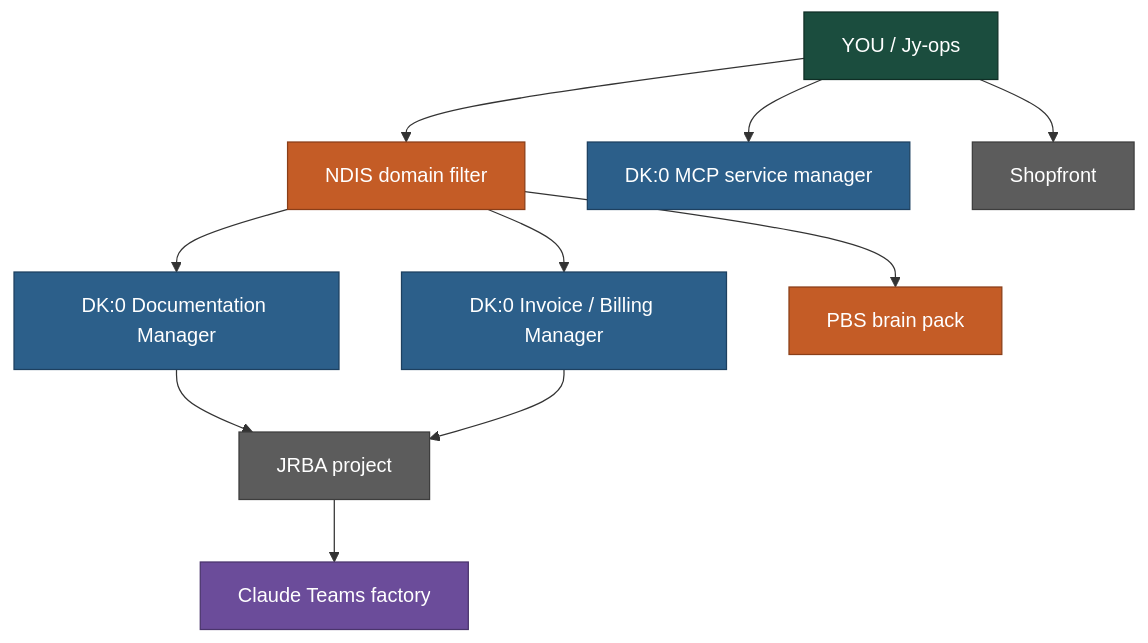
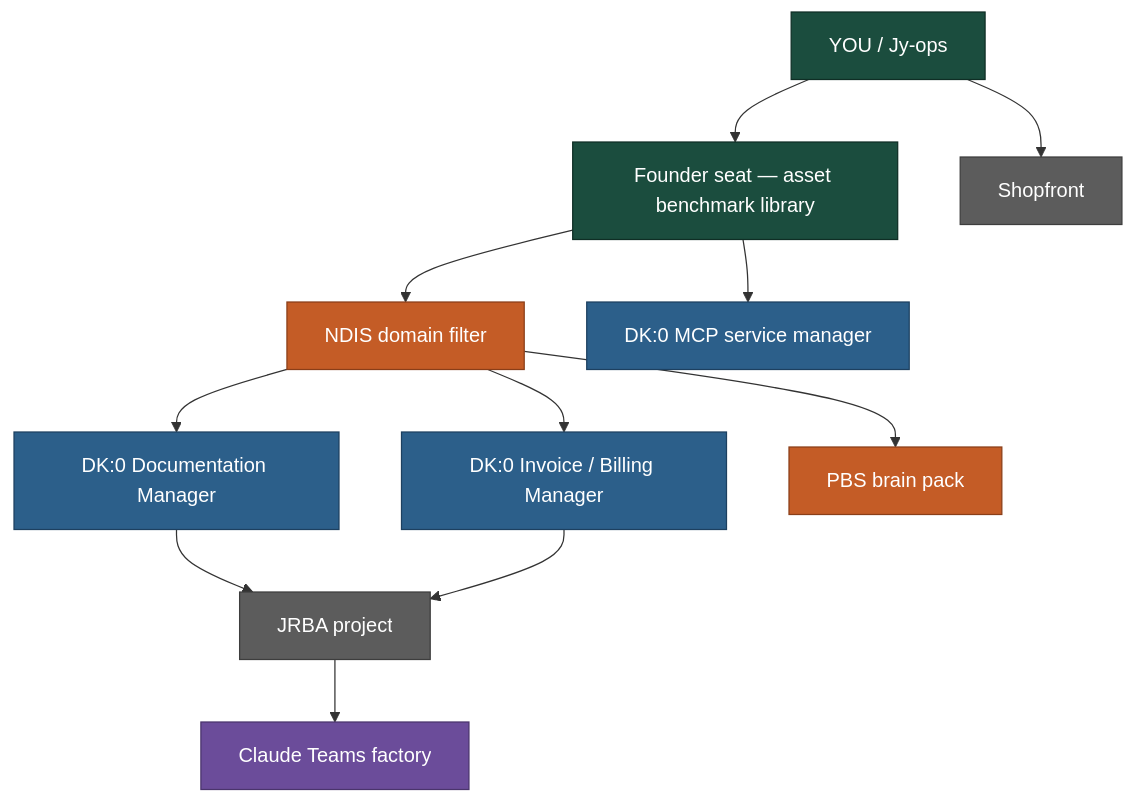
Before and after one commit to blautown/HQ: the first of 2 diagrams in map.md, drawn with Mermaid. The commit also changed other lines of this file and 1 other file, not shown here.

First line of the commit message:
Name the founder seat as the asset benchmark library

````diff
--- a/map.md
+++ b/map.md
@@ -23,28 +25,30 @@
 ```mermaid
 flowchart TD
   classDef you fill:#1B4D3E,stroke:#0F2E25,color:#FFFFFF
   classDef ndis fill:#C45C26,stroke:#8A3E18,color:#FFFFFF
   classDef dk0 fill:#2C5F8A,stroke:#1D4060,color:#FFFFFF
   classDef grey fill:#5C5C5C,stroke:#3D3D3D,color:#FFFFFF
   classDef factory fill:#6B4C9A,stroke:#4A346C,color:#FFFFFF
 
   you["YOU / Jy-ops"]:::you
+  bench["Founder seat — asset benchmark library"]:::you
   filter["NDIS domain filter"]:::ndis
   doc["DK:0 Documentation Manager"]:::dk0
   rec["DK:0 Invoice / Billing Manager"]:::dk0
   mcp["DK:0 MCP service manager"]:::dk0
   pbs["PBS brain pack"]:::ndis
   jrba["JRBA project"]:::grey
   teams["Claude Teams factory"]:::factory
   shop["Shopfront"]:::grey
 
-  you --> filter
+  you --> bench
   you --> shop
-  you --> mcp
+  bench --> mcp
+  bench --> filter
   filter --> doc
   filter --> rec
   filter --> pbs
   doc --> jrba
   rec --> jrba
   jrba --> teams
 ```
````
